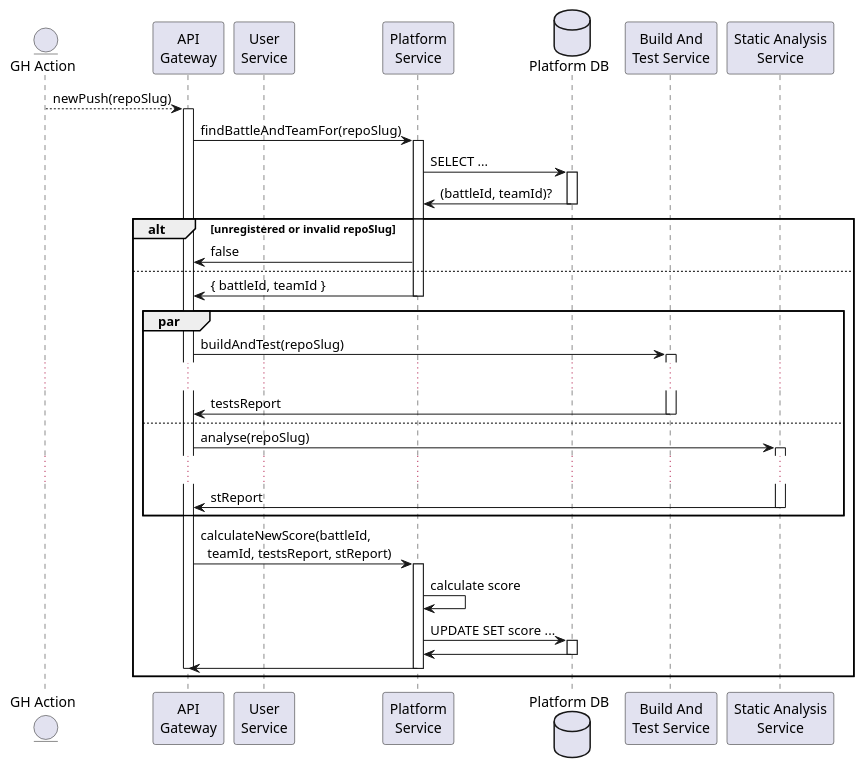
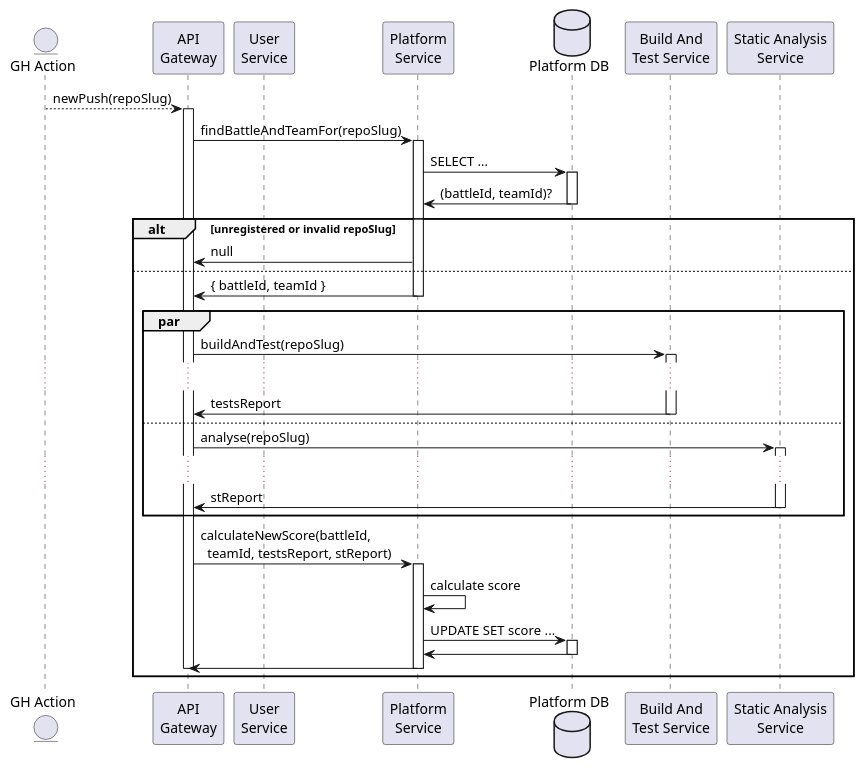
One commit to Furrrlo/CodeKataBattle changed the diagram in dd/puml/rw7.puml. Above: the diagram before and after it, drawn with PlantUML. The commit also changed 13 other files, not shown here.

```diff
--- a/dd/puml/rw7.puml
+++ b/dd/puml/rw7.puml
@@ -1,41 +1,41 @@
 @startuml RW7 - Students pushes and triggers automatic evaluation
 
 entity "GH Action" as gha
 participant "API\nGateway" as gateway
 participant "User\nService" as auth
 participant "Platform\nService" as platform
 database "Platform DB" as platformDb
 participant "Build And\nTest Service" as build
 participant "Static Analysis\nService" as sta
 
 gha --> gateway ++ : newPush(repoSlug)
 
 gateway -> platform ++ : findBattleAndTeamFor(repoSlug)
 platform -> platformDb ++ : SELECT ...  
 platform <- platformDb -- : (battleId, teamId)?
 alt unregistered or invalid repoSlug
-    gateway <- platform : false
+    gateway <- platform : null
 else
     gateway <- platform -- : { battleId, teamId }
 
     par
         gateway -> build ++ : buildAndTest(repoSlug)
         ...
         gateway <- build -- : testsReport
     else
         gateway -> sta ++ : analyse(repoSlug)
         ...
         gateway <- sta -- : stReport
     end
 
     gateway -> platform ++ : calculateNewScore(battleId,\n  teamId, testsReport, stReport) 
     platform -> platform : calculate score
     platform -> platformDb ++ : UPDATE SET score ...
     platform <- platformDb -- : 
     gateway <- platform --
     deactivate gateway
 end
 
 deactivate gateway
 
 @enduml
```
